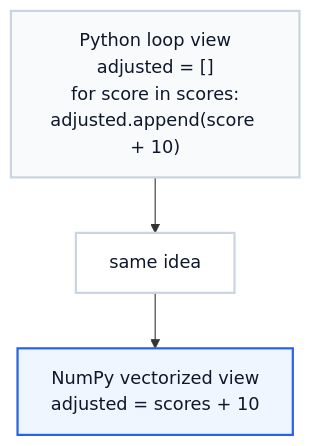
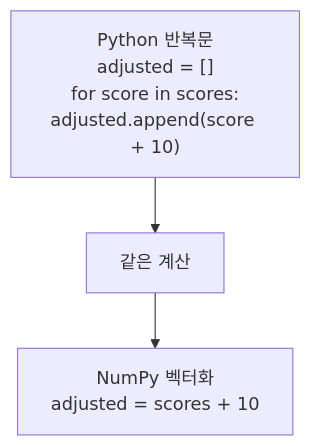
One commit to devchan64/AiBook changed the diagram in docs/assets/part-02/chapter-11/loop-to-vectorization-flow-ko.mmd. Above: the diagram before and after it, drawn with Mermaid. The commit also changed 71 other files, not shown here.

```diff
--- a/docs/assets/part-02/chapter-11/loop-to-vectorization-flow-ko.mmd
+++ b/docs/assets/part-02/chapter-11/loop-to-vectorization-flow-ko.mmd
@@ -1,14 +1,4 @@
 flowchart TD
-    loop["Python loop view<br/>adjusted = []<br/>for score in scores:<br/>adjusted.append(score + 10)"]
-    bridge["same idea"]
-    vectorized["NumPy vectorized view<br/>adjusted = scores + 10"]
-
-    loop --> bridge --> vectorized
-
-    classDef loopBox fill:#f8fafc,stroke:#cbd5e1,stroke-width:2px,color:#0f172a;
-    classDef bridgeBox fill:#ffffff,stroke:#cbd5e1,stroke-width:2px,color:#0f172a;
-    classDef vectorBox fill:#eff6ff,stroke:#2563eb,stroke-width:2px,color:#0f172a;
-
-    class loop loopBox;
-    class bridge bridgeBox;
-    class vectorized vectorBox;
+    a["Python 반복문<br/>adjusted = []<br/>for score in scores:<br/>adjusted.append(score + 10)"]
+    a --> b["같은 계산"]
+    b --> c["NumPy 벡터화<br/>adjusted = scores + 10"]
```
